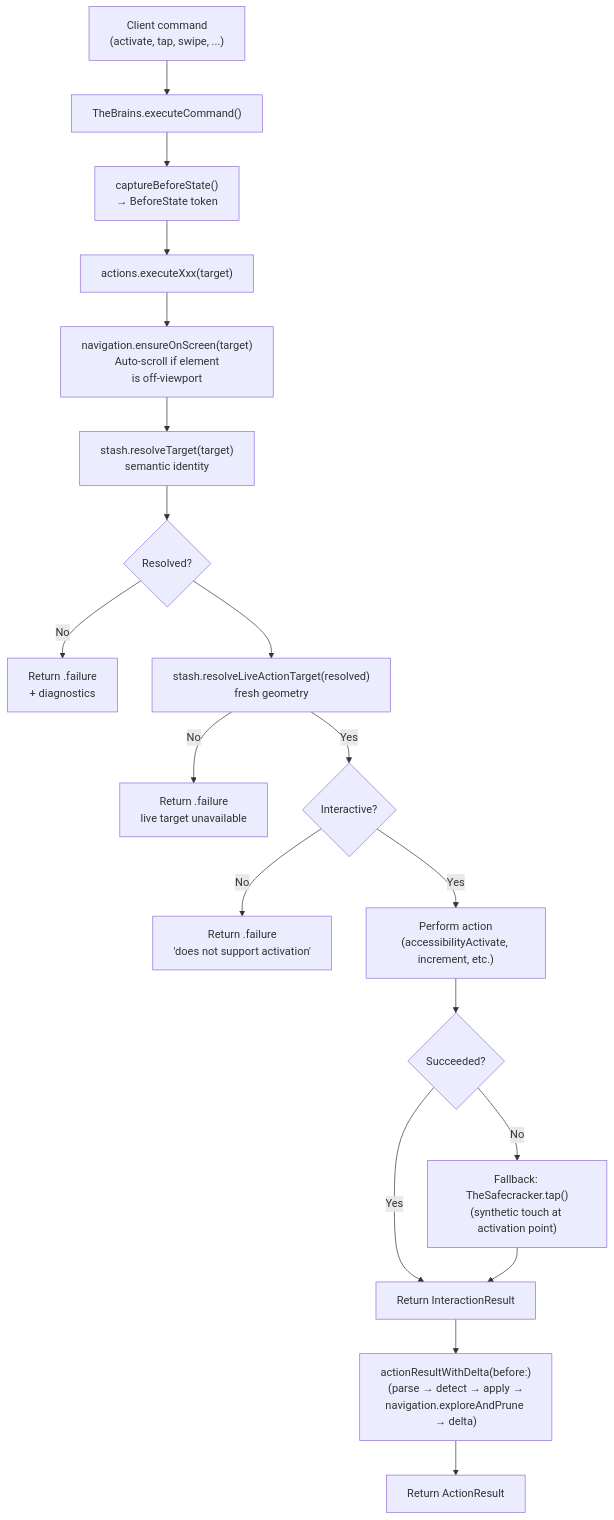
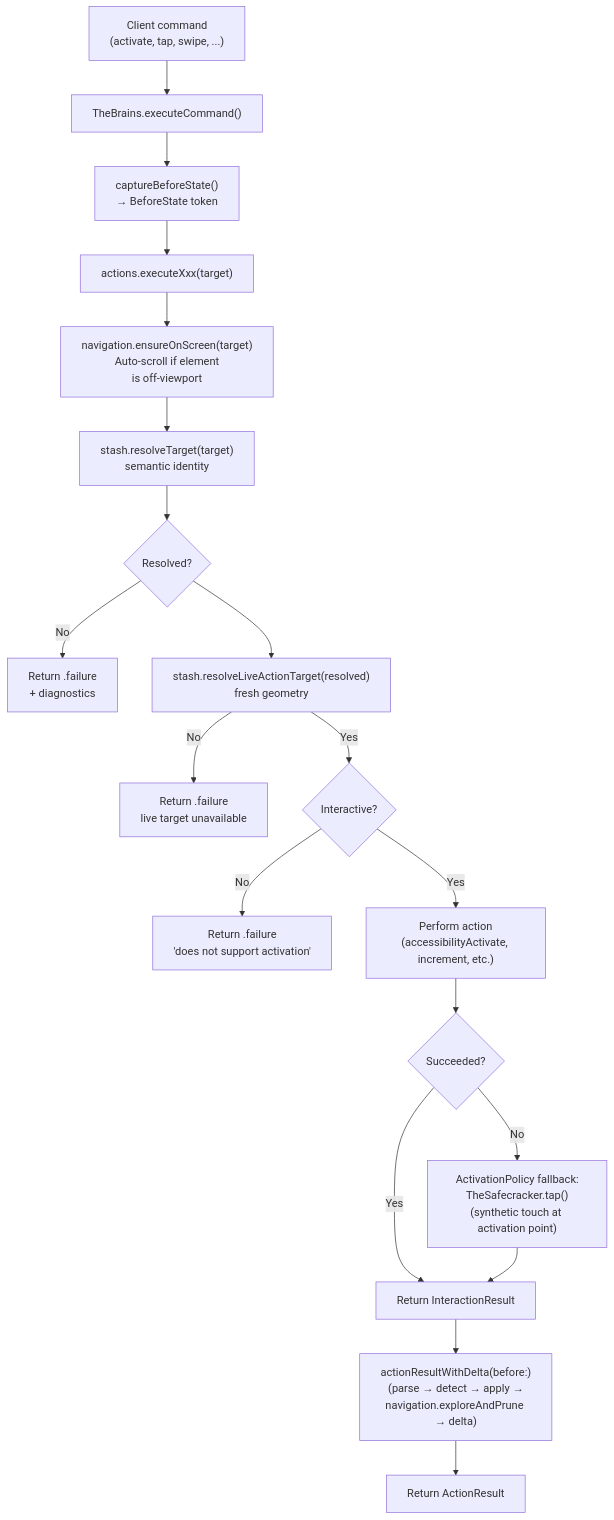
The second of 3 diagrams in docs/dossiers/13-THEBRAINS.md (RoyalPineapple/TheButtonHeist), drawn with Mermaid before and after one commit. The commit also changed other lines of this file and 10 other files, not shown here.

````diff
--- a/docs/dossiers/13-THEBRAINS.md
+++ b/docs/dossiers/13-THEBRAINS.md
@@ -73,23 +77,23 @@
 ```mermaid
 flowchart TD
     CMD["Client command<br/>(activate, tap, swipe, ...)"] --> DISP["TheBrains.executeCommand()"]
     DISP --> SNAP["captureBeforeState()<br/>→ BeforeState token"]
     SNAP --> EXEC["actions.executeXxx(target)"]
 
     EXEC --> ENS["navigation.ensureOnScreen(target)<br/>Auto-scroll if element<br/>is off-viewport"]
     ENS --> RES["stash.resolveTarget(target)<br/>semantic identity"]
     RES --> CHK{Resolved?}
     CHK -->|No| ERR["Return .failure<br/>+ diagnostics"]
     CHK --> LIVE["stash.resolveLiveActionTarget(resolved)<br/>fresh geometry"]
     LIVE -->|No| ERR2["Return .failure<br/>live target unavailable"]
     LIVE -->|Yes| INT{Interactive?}
     INT -->|No| ERR3["Return .failure<br/>'does not support activation'"]
     INT -->|Yes| ACT["Perform action<br/>(accessibilityActivate, increment, etc.)"]
     ACT --> OK{Succeeded?}
     OK -->|Yes| RET["Return InteractionResult"]
-    OK -->|No| FALL["Fallback: TheSafecracker.tap()<br/>(synthetic touch at activation point)"]
+    OK -->|No| FALL["ActivationPolicy fallback:<br/>TheSafecracker.tap()<br/>(synthetic touch at activation point)"]
     FALL --> RET
 
     RET --> DELTA["actionResultWithDelta(before:)<br/>(parse → detect → apply →<br/>navigation.exploreAndPrune → delta)"]
     DELTA --> SEND["Return ActionResult"]
 ```
````
